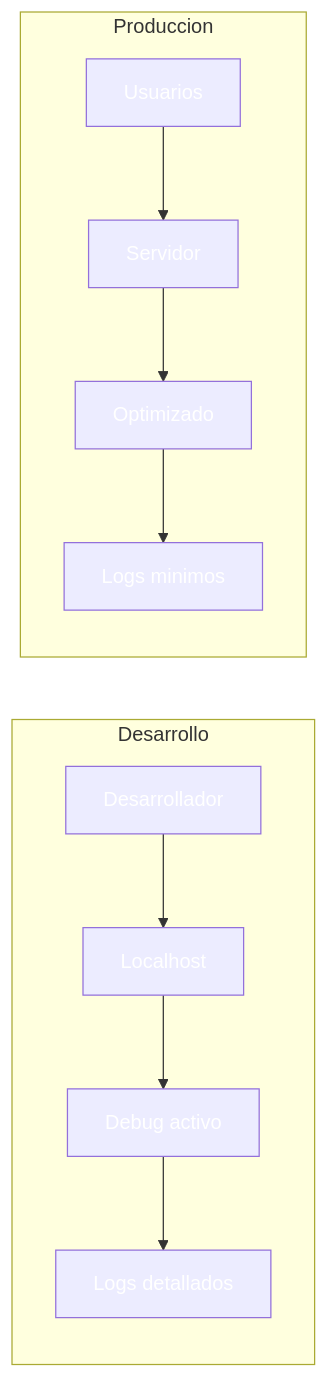
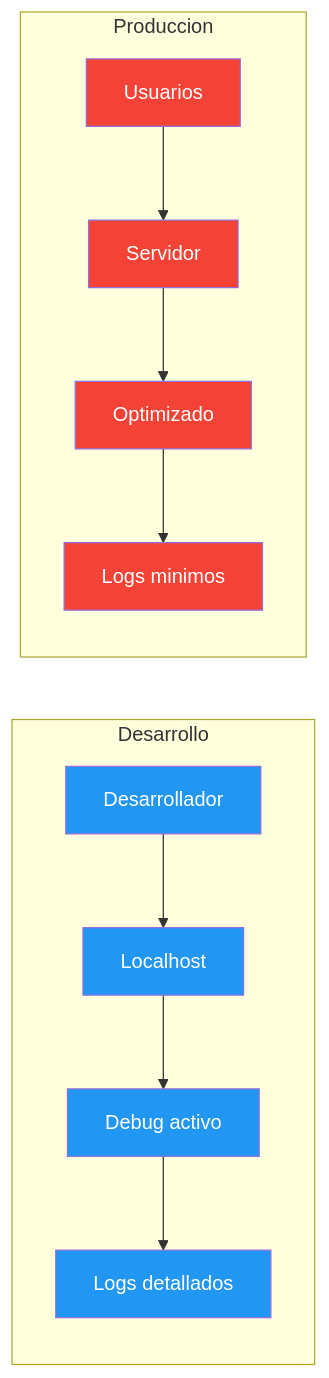
Before and after one commit to joseluisgs/DesarrolloWebEntornosServidor-02-2026-2027: the first of 2 diagrams in 25-perfiles.md, drawn with Mermaid. The commit also changed other lines of this file and 29 other files, not shown here.

Commit message:
docs: corregir estilos Mermaid y estilo, quitar referencias a la Tienda y reestructurar los retos 13 y 15

````diff
--- a/25-perfiles.md
+++ b/25-perfiles.md
@@ -41,23 +41,23 @@
 ```mermaid
 flowchart LR
     subgraph "Desarrollo"
         A1[Desarrollador] --> A2[Localhost]
         A2 --> A3[Debug activo]
         A3 --> A4[Logs detallados]
     end
 
     subgraph "Produccion"
         B1[Usuarios] --> B2[Servidor]
         B2 --> B3[Optimizado]
         B3 --> B4[Logs minimos]
     end
 
-    style A1 fill:#2196F,color:#fff3,color:#fff
-    style A2 fill:#2196F,color:#fff3,color:#fff
-    style A3 fill:#2196F,color:#fff3,color:#fff
-    style A4 fill:#2196F,color:#fff3,color:#fff
-    style B1 fill:#f4433,color:#fff6,color:#fff
-    style B2 fill:#f4433,color:#fff6,color:#fff
-    style B3 fill:#f4433,color:#fff6,color:#fff
-    style B4 fill:#f4433,color:#fff6,color:#fff
+    style A1 fill:#2196F3,color:#fff
+    style A2 fill:#2196F3,color:#fff
+    style A3 fill:#2196F3,color:#fff
+    style A4 fill:#2196F3,color:#fff
+    style B1 fill:#f44336,color:#fff
+    style B2 fill:#f44336,color:#fff
+    style B3 fill:#f44336,color:#fff
+    style B4 fill:#f44336,color:#fff
 ```
````
